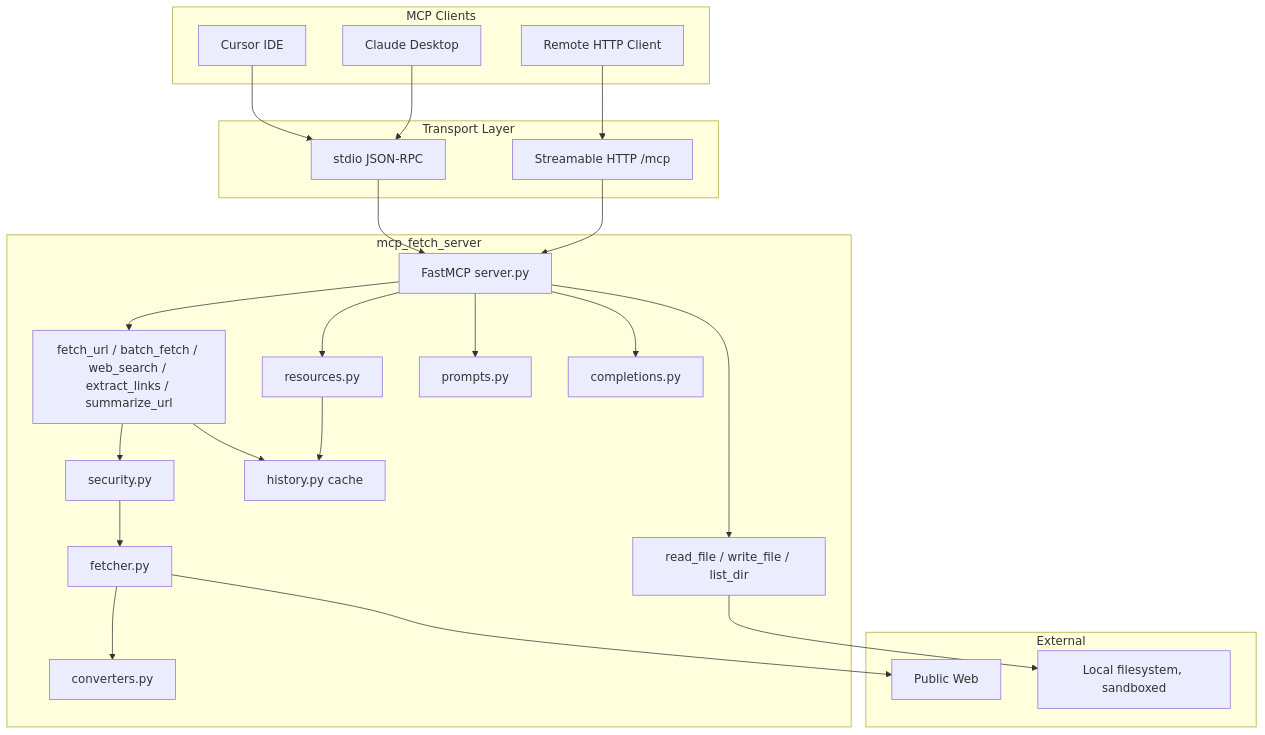
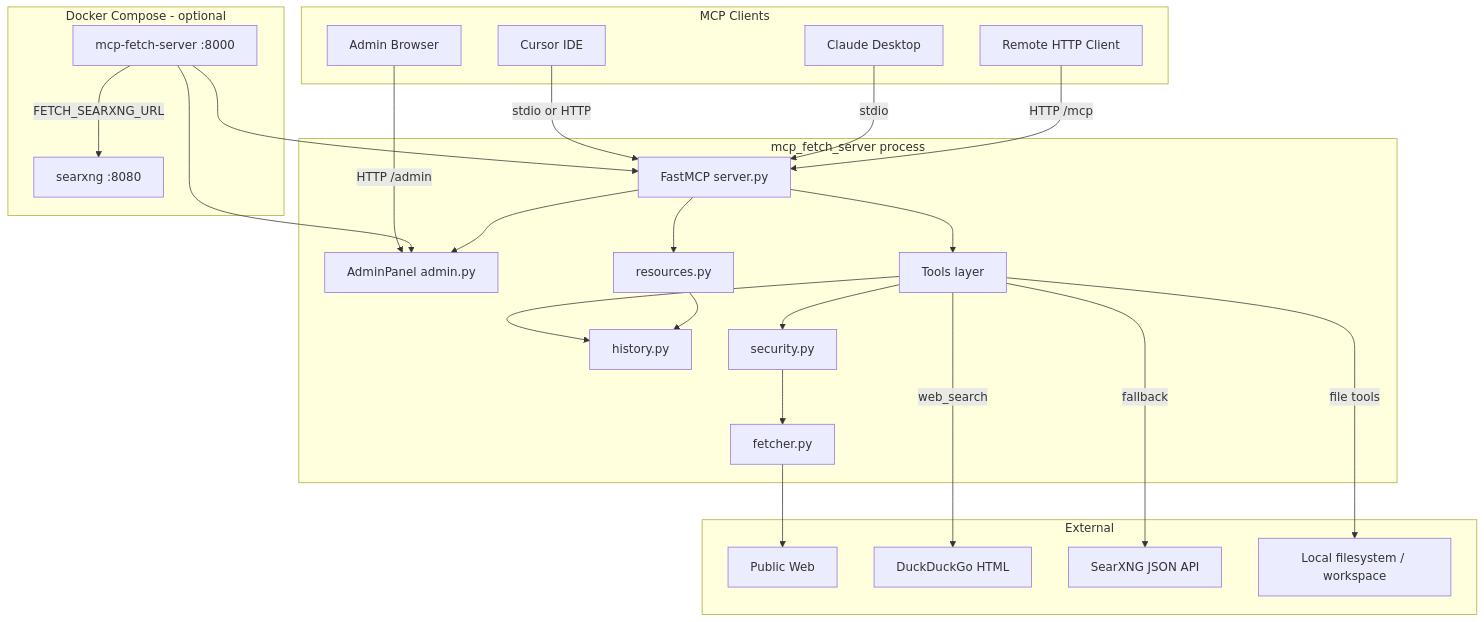
Before and after one commit to narimanamiri/mcp-fetch-server: the diagram in docs/PROJECT_DOCUMENTATION.md, drawn with Mermaid. The commit also changed other lines of this file and 11 other files, not shown here.

````diff
--- a/docs/PROJECT_DOCUMENTATION.md
+++ b/docs/PROJECT_DOCUMENTATION.md
@@ -78,49 +127,50 @@
 ```mermaid
 flowchart TB
     subgraph clients [MCP Clients]
         Cursor[Cursor IDE]
         Claude[Claude Desktop]
         Remote[Remote HTTP Client]
+        Browser[Admin Browser]
     end
 
-    subgraph transport [Transport Layer]
-        Stdio[stdio JSON-RPC]
-        HTTP[Streamable HTTP /mcp]
+    subgraph docker [Docker Compose - optional]
+        MCPContainer[mcp-fetch-server :8000]
+        SearXNGContainer[searxng :8080]
     end
 
-    subgraph server [mcp_fetch_server]
+    subgraph server [mcp_fetch_server process]
         FastMCP[FastMCP server.py]
-        Tools[fetch_url / batch_fetch / web_search / extract_links / summarize_url]
-        Files[read_file / write_file / list_dir]
+        Admin[AdminPanel admin.py]
+        Tools[Tools layer]
         Resources[resources.py]
-        Prompts[prompts.py]
-        Completions[completions.py]
+        History[history.py]
         Security[security.py]
         Fetcher[fetcher.py]
-        Converter[converters.py]
-        History[history.py cache]
     end
 
     subgraph external [External]
         Web[Public Web]
-        Disk[Local filesystem, sandboxed]
+        DDG[DuckDuckGo HTML]
+        SearXNG[SearXNG JSON API]
+        Disk[Local filesystem / workspace]
     end
 
-    Cursor --> Stdio
-    Claude --> Stdio
-    Remote --> HTTP
-    Stdio --> FastMCP
-    HTTP --> FastMCP
+    Cursor -->|stdio or HTTP| FastMCP
+    Claude -->|stdio| FastMCP
+    Remote -->|HTTP /mcp| FastMCP
+    Browser -->|HTTP /admin| Admin
+
+    MCPContainer --> FastMCP
+    MCPContainer --> Admin
+    MCPContainer -->|FETCH_SEARXNG_URL| SearXNGContainer
+
     FastMCP --> Tools
-    FastMCP --> Files
     FastMCP --> Resources
-    FastMCP --> Prompts
-    FastMCP --> Completions
-    Tools --> Security
-    Security --> Fetcher
-    Fetcher --> Web
-    Fetcher --> Converter
+    FastMCP --> Admin
+    Tools --> Security --> Fetcher --> Web
+    Tools -->|web_search| DDG
+    Tools -->|fallback| SearXNG
     Tools --> History
     Resources --> History
-    Files --> Disk
+    Tools -->|file tools| Disk
 ```
````
